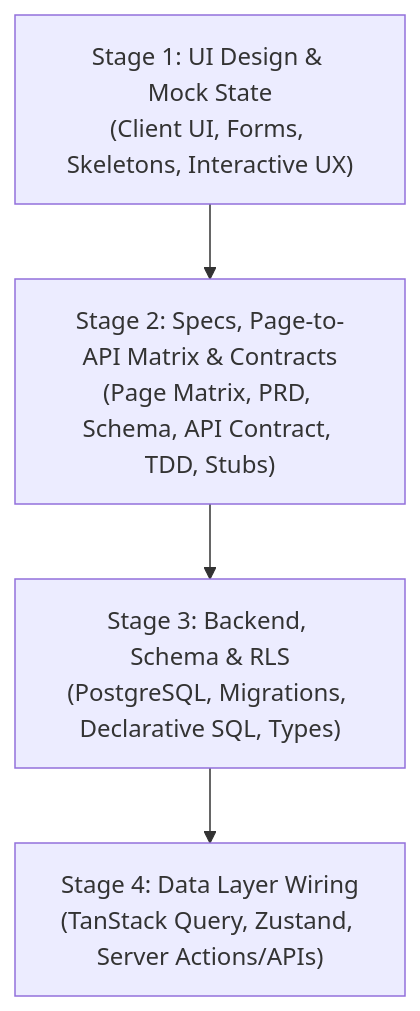
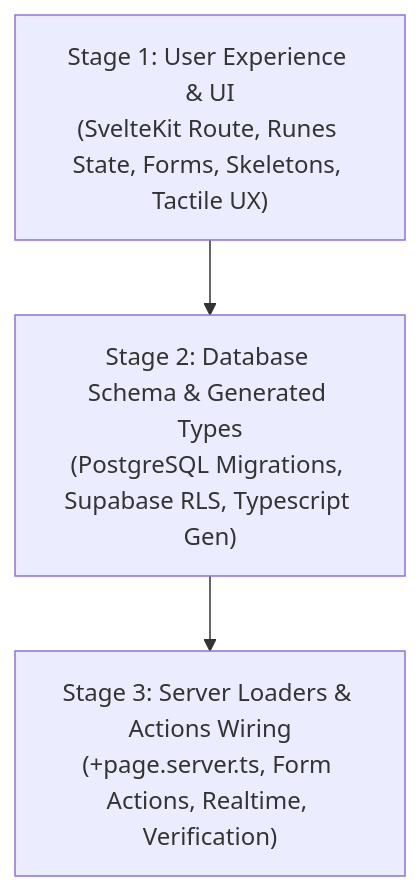
One commit to marceldavidbaroi/The-Commons changed the diagram in docs/architecture/feature-development-process.md. Above: the diagram before and after it, drawn with Mermaid. The commit also changed other lines of this file and 57 other files, not shown here.

````diff
--- a/docs/architecture/feature-development-process.md
+++ b/docs/architecture/feature-development-process.md
@@ -9,6 +9,5 @@
 ```mermaid
 graph TD
-    A["Stage 1: UI Design & Mock State<br/>(Client UI, Forms, Skeletons, Interactive UX)"] --> B["Stage 2: Specs, Page-to-API Matrix & Contracts<br/>(Page Matrix, PRD, Schema, API Contract, TDD, Stubs)"]
-    B --> C["Stage 3: Backend, Schema & RLS<br/>(PostgreSQL, Migrations, Declarative SQL, Types)"]
-    C --> D["Stage 4: Data Layer Wiring<br/>(TanStack Query, Zustand, Server Actions/APIs)"]
+    A["Stage 1: User Experience & UI<br/>(SvelteKit Route, Runes State, Forms, Skeletons, Tactile UX)"] --> B["Stage 2: Database Schema & Generated Types<br/>(PostgreSQL Migrations, Supabase RLS, Typescript Gen)"]
+    B --> C["Stage 3: Server Loaders & Actions Wiring<br/>(+page.server.ts, Form Actions, Realtime, Verification)"]
 ```
````
